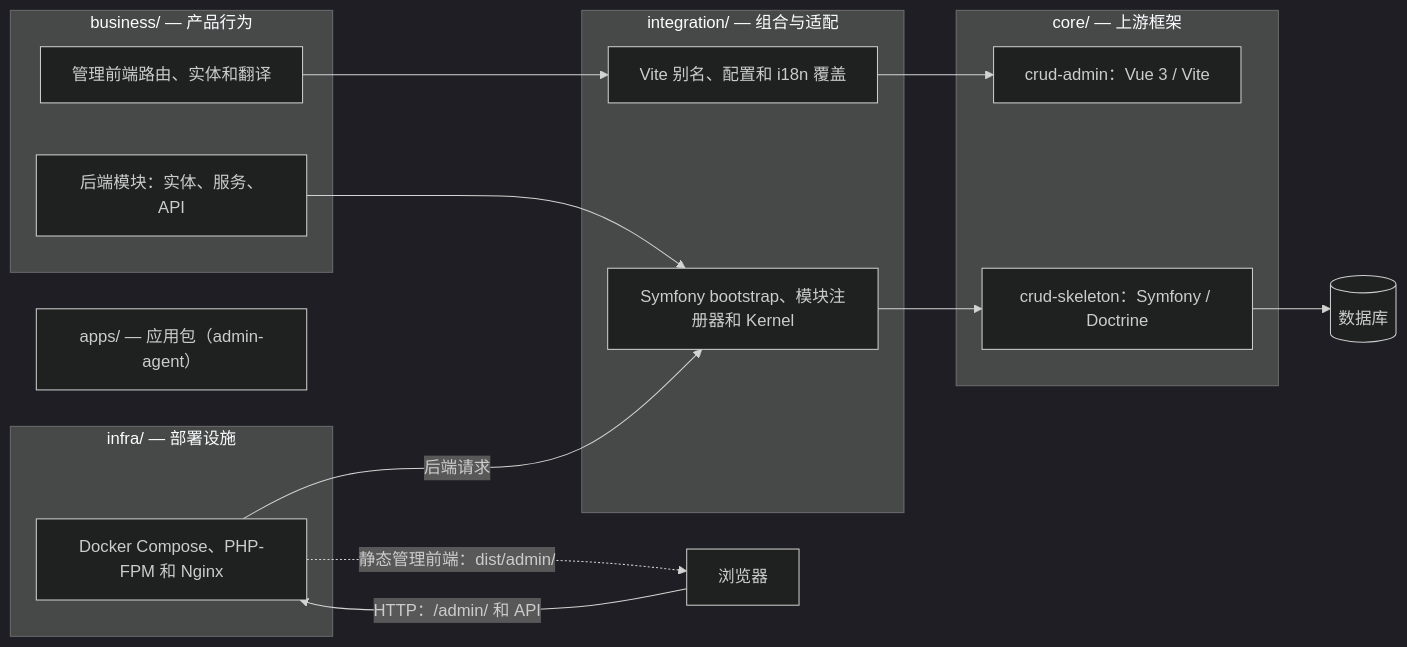
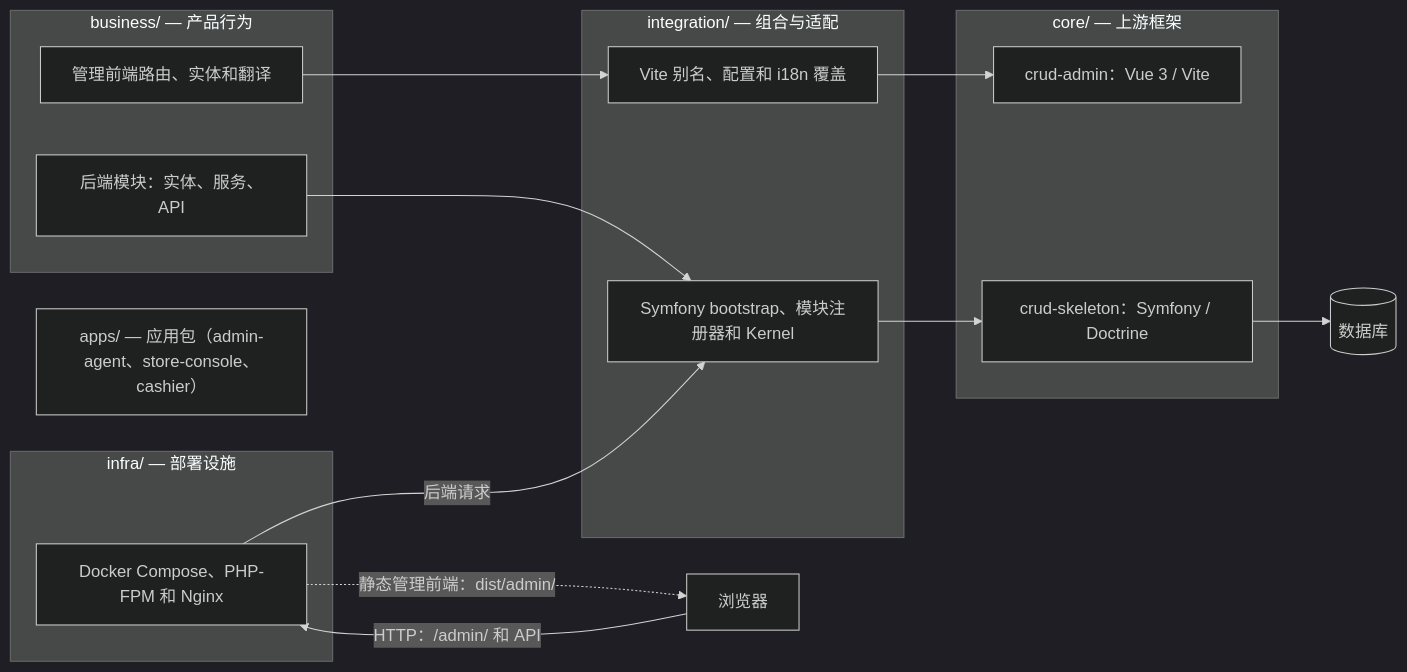
One commit to dream-studio-china/ns-ultimate changed the diagram in README.zh-cn.md. Above: the diagram before and after it, drawn with Mermaid (dark theme). The commit also changed other lines of this file and 5 other files, not shown here.

````diff
--- a/README.zh-cn.md
+++ b/README.zh-cn.md
@@ -41,31 +41,31 @@
 ```mermaid
 flowchart LR
     subgraph business["business/ — 产品行为"]
         BA["管理前端路由、实体和翻译"]
         BB["后端模块：实体、服务、API"]
     end
 
     subgraph integration["integration/ — 组合与适配"]
         IA["Vite 别名、配置和 i18n 覆盖"]
         IB["Symfony bootstrap、模块注册器和 Kernel"]
     end
 
     subgraph core["core/ — 上游框架"]
         CA["crud-admin：Vue 3 / Vite"]
         CB["crud-skeleton：Symfony / Doctrine"]
     end
 
     subgraph infra["infra/ — 部署设施"]
         ID["Docker Compose、PHP-FPM 和 Nginx"]
     end
 
-    Apps["apps/ — 应用包（admin-agent）"]
+    Apps["apps/ — 应用包（admin-agent、store-console、cashier）"]
     Browser["浏览器"]
 
     BA --> IA --> CA
     BB --> IB --> CB
     Browser -->|"HTTP：/admin/ 和 API"| ID
     ID -.->|"静态管理前端：dist/admin/"| Browser
     ID -->|"后端请求"| IB
     CB --> DB[("数据库")]
 ```
````
